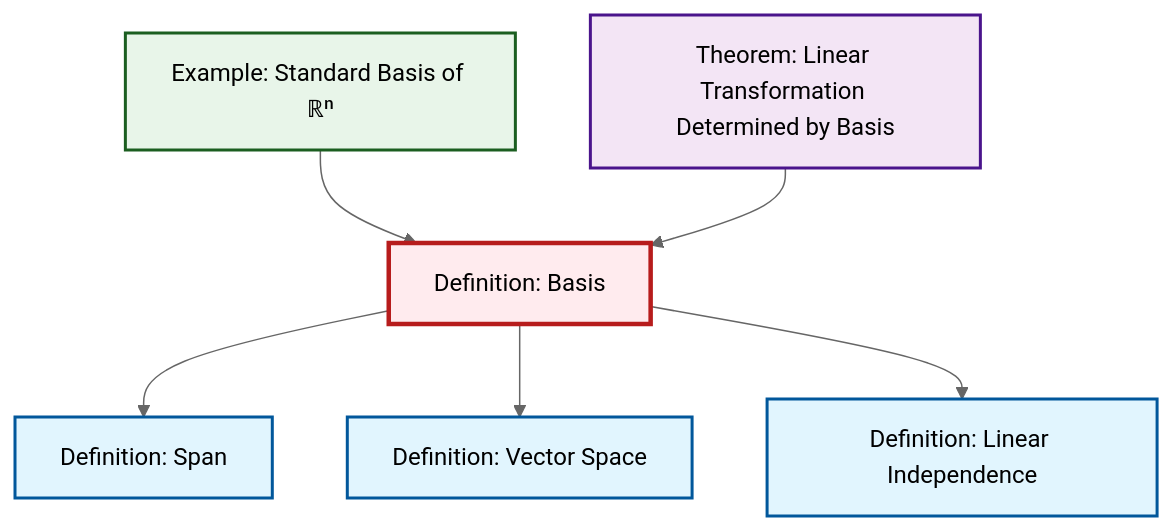
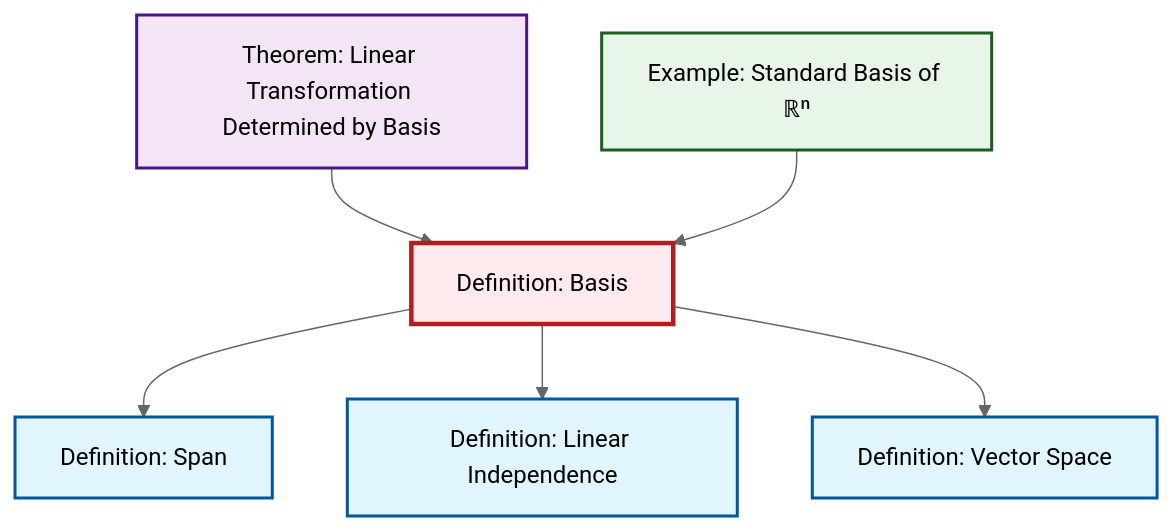
The diagram in content/ja/algebra/def-basis.qmd (RK0429/ModernMath), drawn with Mermaid (neutral theme) before and after one commit. The commit also changed other lines of this file and 17 other files, not shown here.

First line of the commit message:
feat: Add Hilbert space definition with comprehensive cross-references

````diff
--- a/content/ja/algebra/def-basis.qmd
+++ b/content/ja/algebra/def-basis.qmd
@@ -56,26 +56,26 @@
 ```{mermaid}
 %%| fig-cap: "Local dependency graph"
 graph TD
     classDef definition fill:#e1f5fe,stroke:#01579b,stroke-width:2px
     classDef theorem fill:#f3e5f5,stroke:#4a148c,stroke-width:2px
     classDef axiom fill:#fff3e0,stroke:#e65100,stroke-width:2px
     classDef example fill:#e8f5e9,stroke:#1b5e20,stroke-width:2px
     classDef current fill:#ffebee,stroke:#b71c1c,stroke-width:3px
     def-vector-space["Definition: Vector Space"]:::definition
+    def-basis["Definition: Basis"]:::definition
+    def-linear-independence["Definition: Linear Independence"]:::definition
+    ex-standard-basis-rn["Example: Standard Basis of ℝⁿ"]:::example
+    thm-linear-transformation-basis["Theorem: Linear Transformation Determined by Basis"]:::theorem
     def-span["Definition: Span"]:::definition
-    thm-linear-transformation-basis["Theorem: Linear Transformation Determined by Basis"]:::theorem
-    def-basis["Definition: Basis"]:::definition
-    ex-standard-basis-rn["Example: Standard Basis of ℝⁿ"]:::example
-    def-linear-independence["Definition: Linear Independence"]:::definition
+    thm-linear-transformation-basis --> def-basis
     def-basis --> def-span
+    def-basis --> def-linear-independence
+    def-basis --> def-vector-space
     ex-standard-basis-rn --> def-basis
-    def-basis --> def-vector-space
-    thm-linear-transformation-basis --> def-basis
-    def-basis --> def-linear-independence
     class def-basis current
     click def-vector-space "def-vector-space.html" "Definition: Vector Spaceへ"
+    click def-linear-independence "def-linear-independence.html" "Definition: Linear Independenceへ"
+    click ex-standard-basis-rn "ex-standard-basis-rn.html" "Example: Standard Basis of ℝⁿへ"
+    click thm-linear-transformation-basis "thm-linear-transformation-basis.html" "Theorem: Linear Transformation Determined by Basisへ"
     click def-span "def-span.html" "Definition: Spanへ"
-    click thm-linear-transformation-basis "thm-linear-transformation-basis.html" "Theorem: Linear Transformation Determined by Basisへ"
-    click ex-standard-basis-rn "ex-standard-basis-rn.html" "Example: Standard Basis of ℝⁿへ"
-    click def-linear-independence "def-linear-independence.html" "Definition: Linear Independenceへ"
 ```
````
